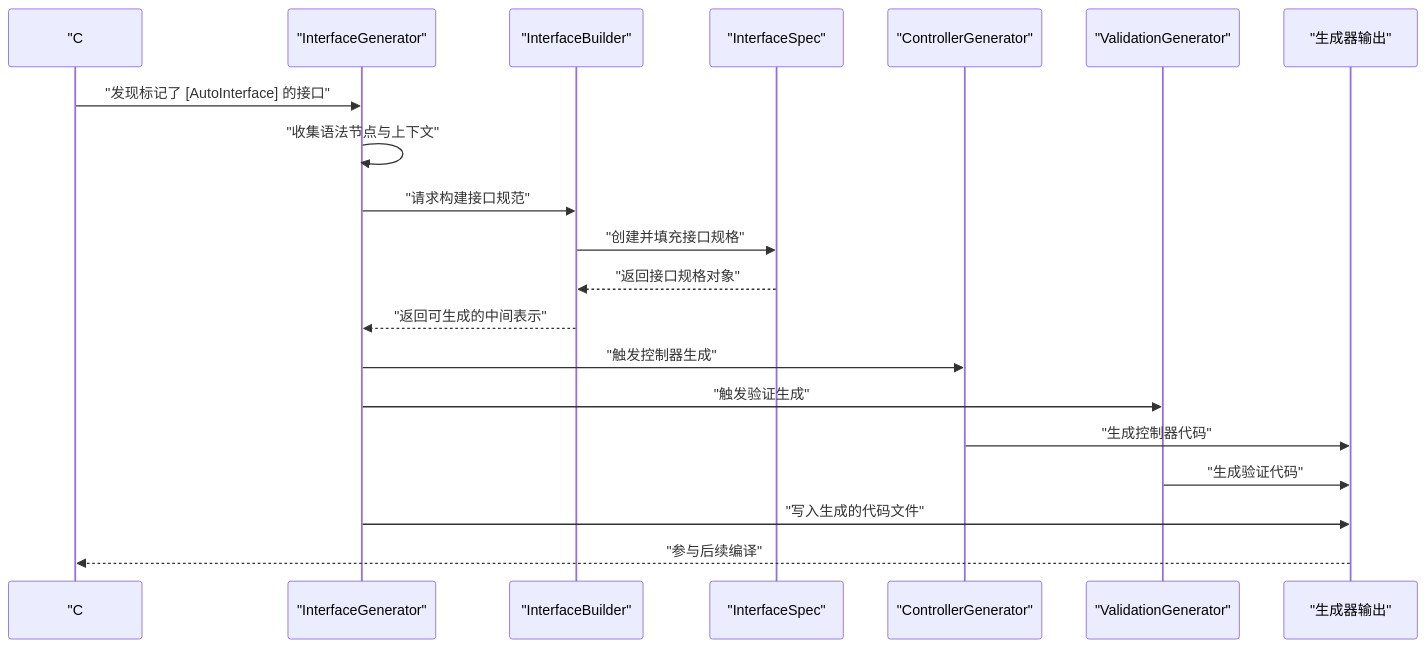
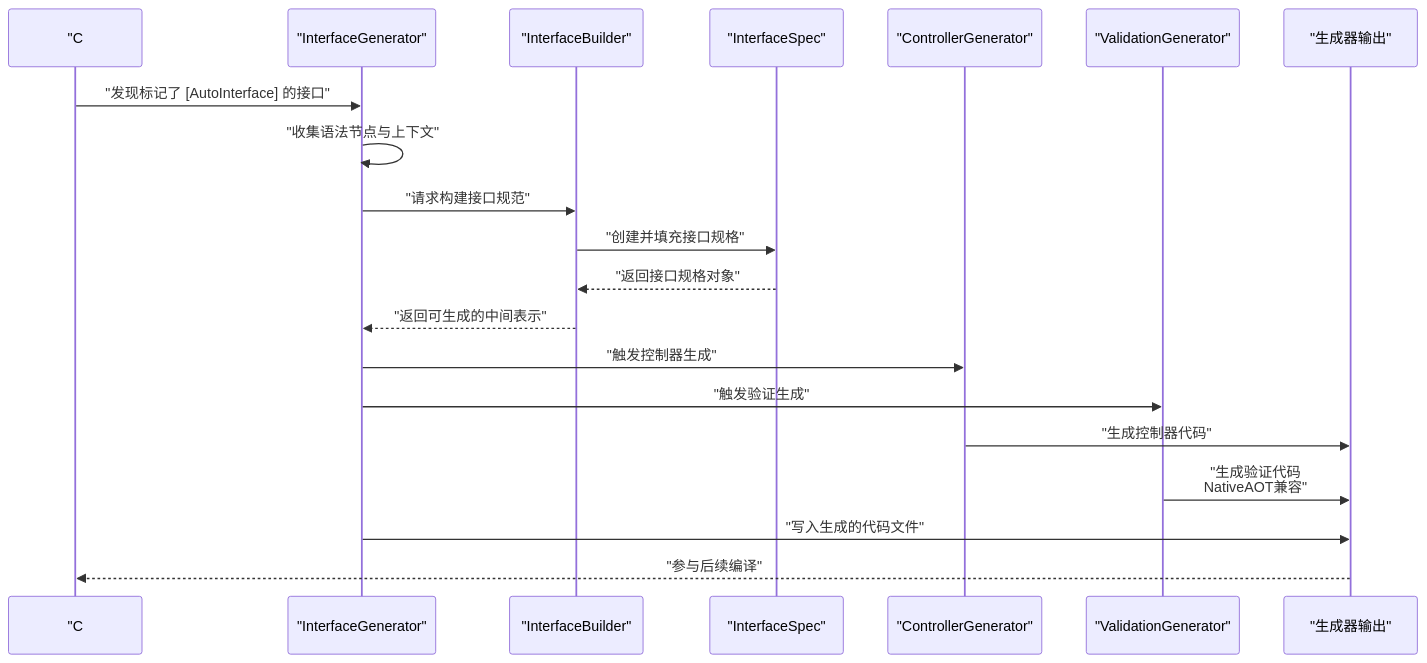
The second of 7 diagrams in .qoder/repowiki/zh/content/源代码生成器/源代码生成器.md (alivy/AutoCode), drawn with Mermaid before and after one commit. The commit also changed other lines of this file and 5 other files, not shown here.

````diff
--- a/.qoder/repowiki/zh/content/源代码生成器/源代码生成器.md
+++ b/.qoder/repowiki/zh/content/源代码生成器/源代码生成器.md
@@ -142,22 +145,22 @@
 ```mermaid
 sequenceDiagram
 participant Compiler as "C# 编译器"
 participant Gen as "InterfaceGenerator"
 participant Bld as "InterfaceBuilder"
 participant Spec as "InterfaceSpec"
 participant Ctrl as "ControllerGenerator"
 participant Val as "ValidationGenerator"
 participant Output as "生成器输出"
 Compiler->>Gen : "发现标记了 [AutoInterface] 的接口"
 Gen->>Gen : "收集语法节点与上下文"
 Gen->>Bld : "请求构建接口规范"
 Bld->>Spec : "创建并填充接口规格"
 Spec-->>Bld : "返回接口规格对象"
 Bld-->>Gen : "返回可生成的中间表示"
 Gen->>Ctrl : "触发控制器生成"
 Gen->>Val : "触发验证生成"
 Ctrl->>Output : "生成控制器代码"
-Val->>Output : "生成验证代码"
+Val->>Output : "生成验证代码<br/>NativeAOT兼容"
 Gen->>Output : "写入生成的代码文件"
 Output-->>Compiler : "参与后续编译"
 ```
````
